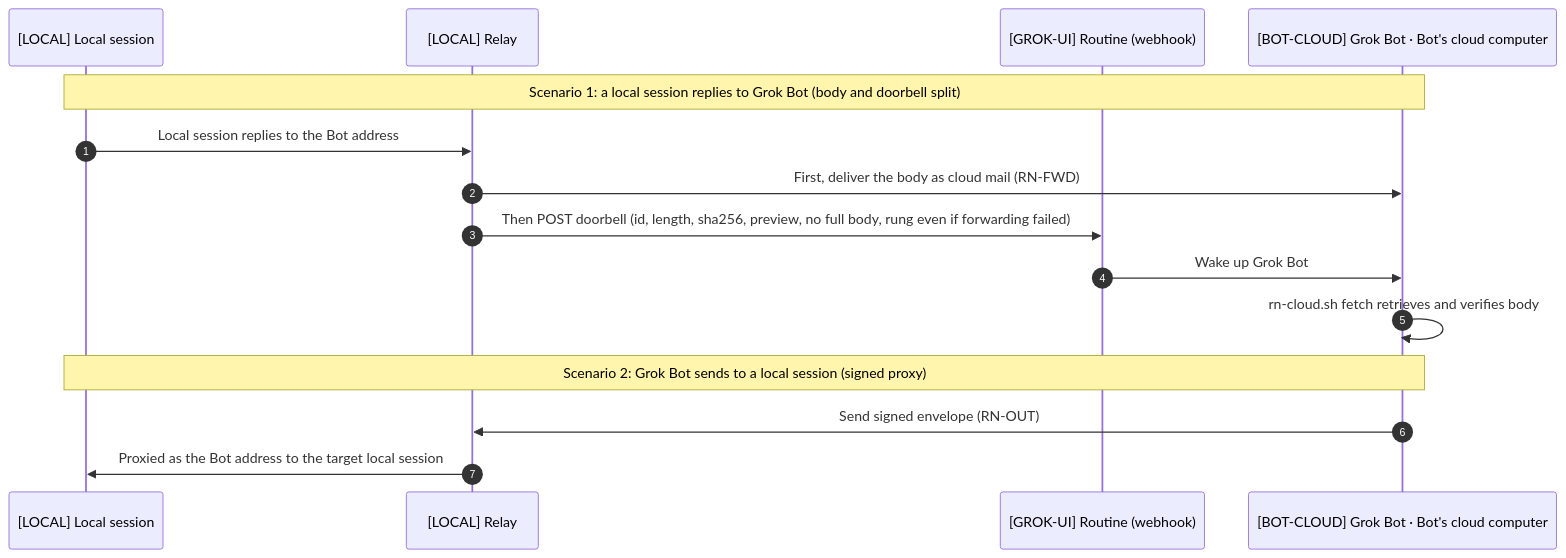
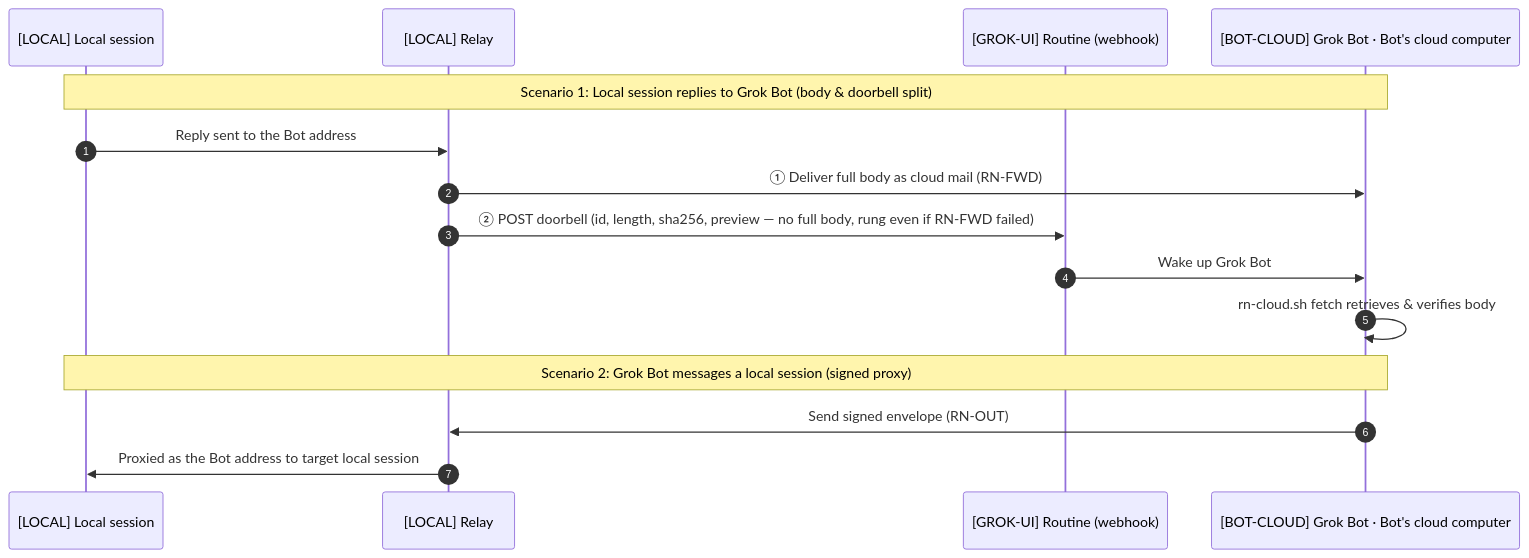
One commit to xiaozhenliu/agent-mesh changed the second of 2 diagrams in README.md. Above: the diagram before and after it, drawn with Mermaid. The commit also changed other lines of this file and 1 other file, not shown here.

````diff
--- a/README.md
+++ b/README.md
@@ -124,19 +215,19 @@
 ```mermaid
 sequenceDiagram
     autonumber
     participant Local as [LOCAL] Local session
     participant Relay as [LOCAL] Relay
     participant Webhook as [GROK-UI] Routine (webhook)
     participant Cloud as [BOT-CLOUD] Grok Bot · Bot's cloud computer
 
-    Note over Local,Cloud: Scenario 1: a local session replies to Grok Bot (body and doorbell split)
-    Local->>Relay: Local session replies to the Bot address
-    Relay->>Cloud: First, deliver the body as cloud mail (RN-FWD)
-    Relay->>Webhook: Then POST doorbell (id, length, sha256, preview, no full body, rung even if forwarding failed)
+    Note over Local,Cloud: Scenario 1: Local session replies to Grok Bot (body & doorbell split)
+    Local->>Relay: Reply sent to the Bot address
+    Relay->>Cloud: ① Deliver full body as cloud mail (RN-FWD)
+    Relay->>Webhook: ② POST doorbell (id, length, sha256, preview — no full body, rung even if RN-FWD failed)
     Webhook->>Cloud: Wake up Grok Bot
-    Cloud->>Cloud: rn-cloud.sh fetch retrieves and verifies body
+    Cloud->>Cloud: rn-cloud.sh fetch retrieves & verifies body
 
-    Note over Local,Cloud: Scenario 2: Grok Bot sends to a local session (signed proxy)
+    Note over Local,Cloud: Scenario 2: Grok Bot messages a local session (signed proxy)
     Cloud->>Relay: Send signed envelope (RN-OUT)
-    Relay->>Local: Proxied as the Bot address to the target local session
+    Relay->>Local: Proxied as the Bot address to target local session
 ```
````
